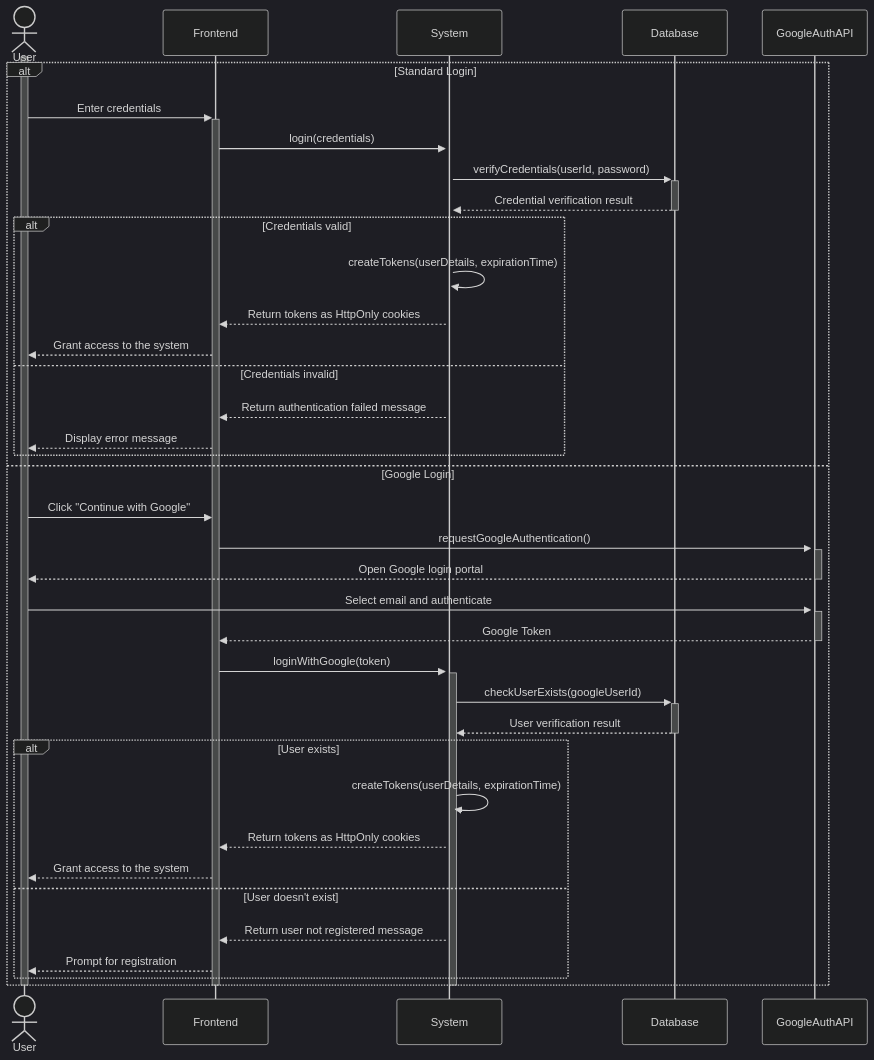
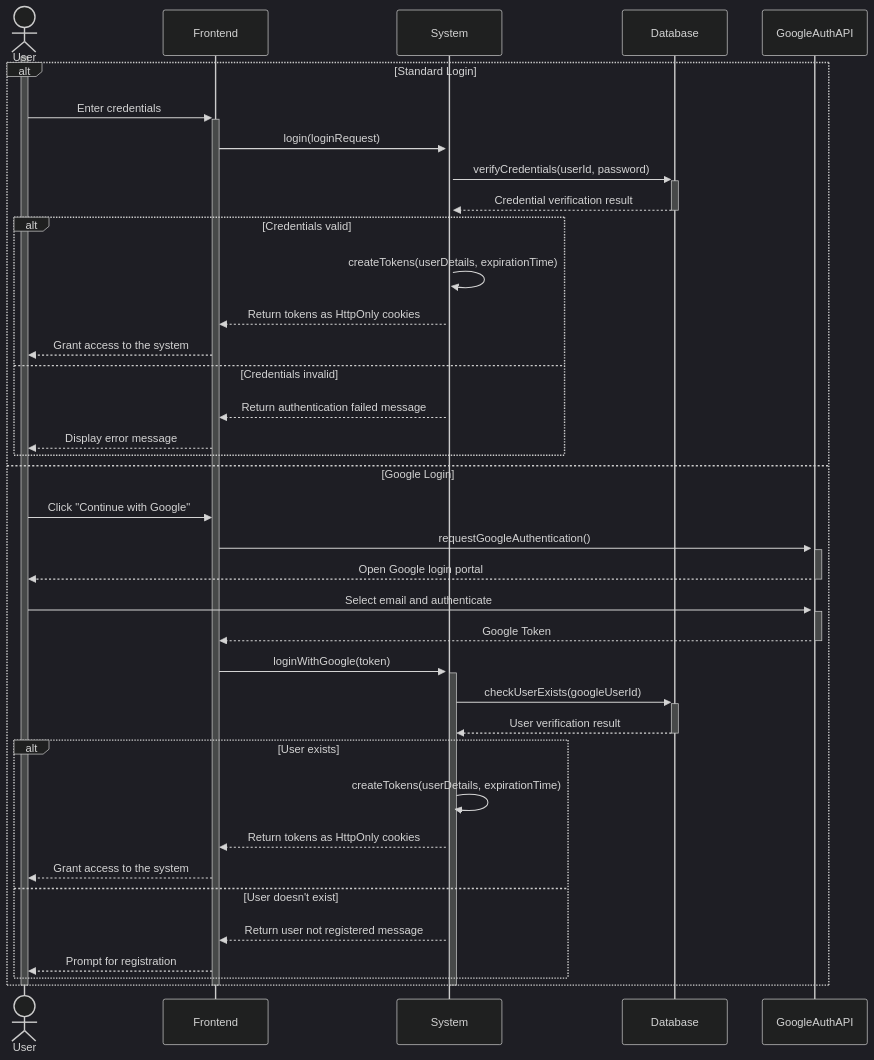
The diagram in login.mermaid (Shaar03/Diagrams), drawn with Mermaid (dark theme) before and after one commit.

```diff
--- a/login.mermaid
+++ b/login.mermaid
@@ -1,44 +1,44 @@
 sequenceDiagram
     actor User
     participant Frontend
     participant System
     participant Database
     participant GoogleAuthAPI
 
     activate User
     alt Standard Login
         User->>+Frontend: Enter credentials
-        Frontend->>+System: login(credentials)
+        Frontend->>+System: login(loginRequest)
         System->>+Database: verifyCredentials(userId, password)
         Database-->>-System: Credential verification result
         alt Credentials valid
             System->>System: createTokens(userDetails, expirationTime)
             System-->>Frontend: Return tokens as HttpOnly cookies
             Frontend-->>User: Grant access to the system
         else Credentials invalid
             System-->>Frontend: Return authentication failed message
             Frontend-->>User: Display error message
         end
     else Google Login
         User->>Frontend: Click "Continue with Google"
         Frontend->>+GoogleAuthAPI: requestGoogleAuthentication()
         activate GoogleAuthAPI
         GoogleAuthAPI-->>User: Open Google login portal
         deactivate GoogleAuthAPI
         User->>+GoogleAuthAPI: Select email and authenticate
         GoogleAuthAPI-->>-Frontend: Google Token
         Frontend->>+System: loginWithGoogle(token)
         System->>+Database: checkUserExists(googleUserId)
         Database-->>-System: User verification result
         alt User exists
             System->>System: createTokens(userDetails, expirationTime)
             System-->>Frontend: Return tokens as HttpOnly cookies
             Frontend-->>User: Grant access to the system
         else User doesn't exist
             System-->>Frontend: Return user not registered message
             Frontend-->>User: Prompt for registration
         end
     end
     deactivate System
     deactivate Frontend
     deactivate User
```
